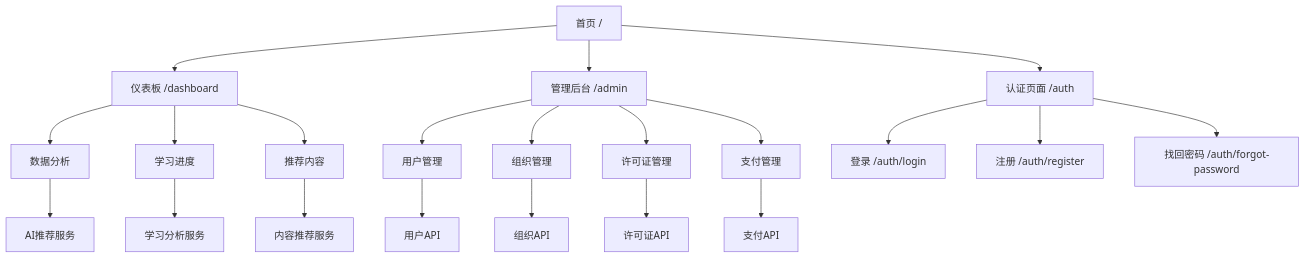
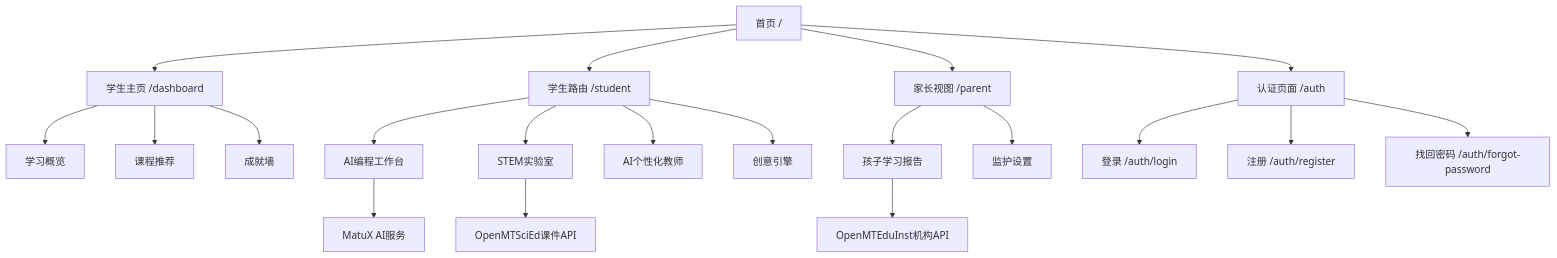
Before and after one commit to MatuX-ai/Matux: the diagram in docs/SITE_MAP.md, drawn with Mermaid. The commit also changed other lines of this file and 138 other files, not shown here.

Commit message:
chore: 推送代码更新 - 重构权限中间件，移除旧版许可证/门户模块，新增知识图谱服务

````diff
--- a/docs/SITE_MAP.md
+++ b/docs/SITE_MAP.md
@@ -349,28 +301,27 @@
 ```mermaid
 graph TD
-    A[首页 /] --> B[仪表板 /dashboard]
-    A --> C[管理后台 /admin]
+    A[首页 /] --> B[学生主页 /dashboard]
     A --> D[认证页面 /auth]
+    A --> S[学生路由 /student]
+    A --> P[家长视图 /parent]
     
-    B --> B1[数据分析]
-    B --> B2[学习进度]
-    B --> B3[推荐内容]
+    B --> B1[学习概览]
+    B --> B2[课程推荐]
+    B --> B3[成就墙]
     
-    C --> C1[用户管理]
-    C --> C2[组织管理]
-    C --> C3[许可证管理]
-    C --> C4[支付管理]
+    S --> S1[AI编程工作台]
+    S --> S2[STEM实验室]
+    S --> S3[AI个性化教师]
+    S --> S4[创意引擎]
+    
+    P --> P1[孩子学习报告]
+    P --> P2[监护设置]
     
     D --> D1[登录 /auth/login]
     D --> D2[注册 /auth/register]
     D --> D3[找回密码 /auth/forgot-password]
     
-    C1 --> API1[用户API]
-    C2 --> API2[组织API]
-    C3 --> API3[许可证API]
-    C4 --> API4[支付API]
-    
-    B1 --> AI1[AI推荐服务]
-    B2 --> AI2[学习分析服务]
-    B3 --> AI3[内容推荐服务]
+    S1 --> API1[MatuX AI服务]
+    S2 --> API2[OpenMTSciEd课件API]
+    P1 --> API3[OpenMTEduInst机构API]
 ```
````
